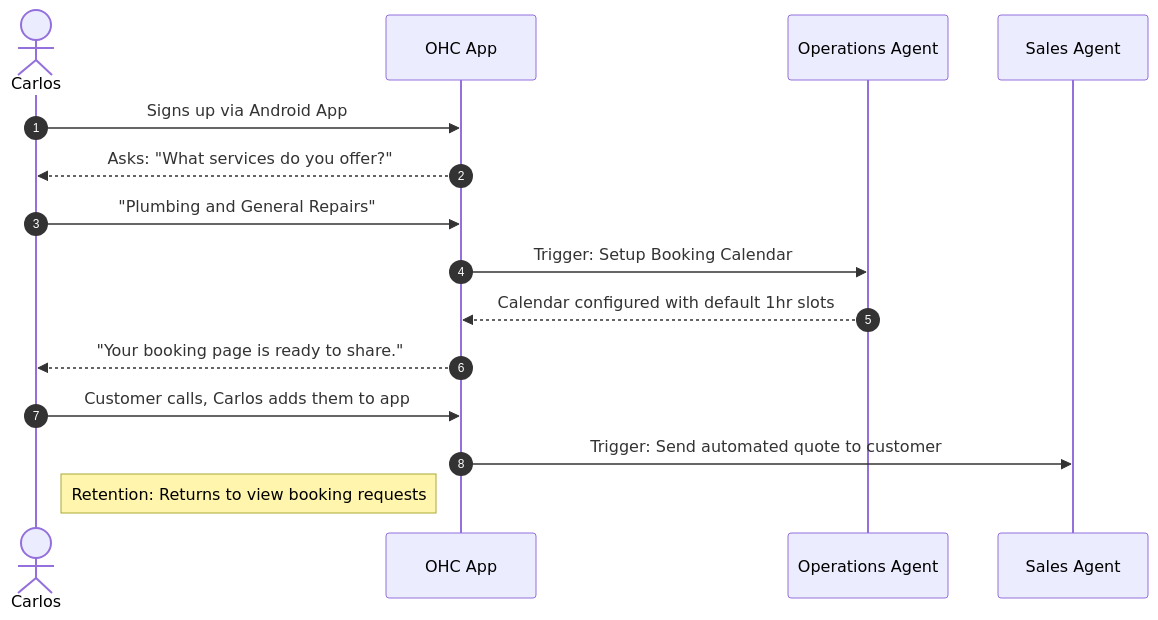
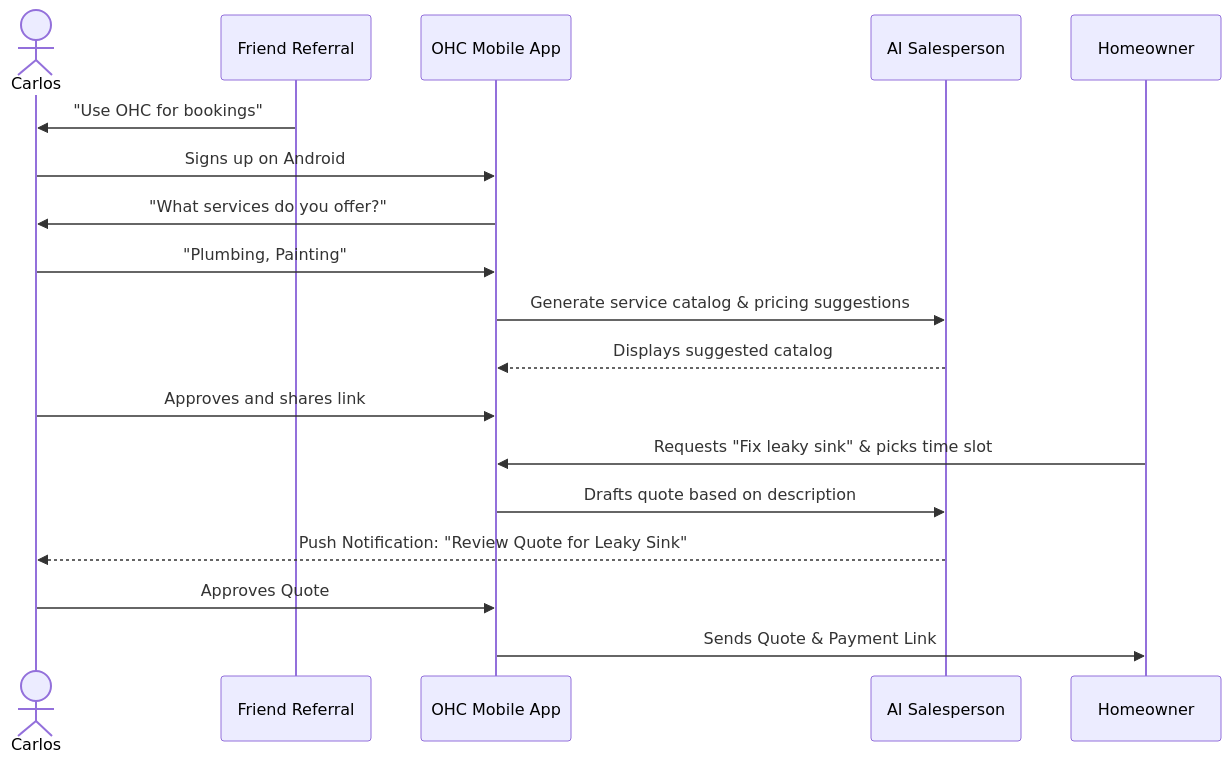
Before and after one commit to omnisolo-llc/onehumancorp: the second of 5 diagrams in docs/research/[architecture]_business_journey.md, drawn with Mermaid. The commit also changed other lines of this file and 195 other files, not shown here.

````diff
--- a/docs/research/[architecture]_business_journey.md
+++ b/docs/research/[architecture]_business_journey.md
@@ -74,18 +78,21 @@
 ```mermaid
 sequenceDiagram
-    autonumber
-    actor Carlos as Carlos
-    participant App as OHC App
-    participant Ops as Operations Agent
-    participant Sales as Sales Agent
+    actor Carlos
+    participant Referral as Friend Referral
+    participant OHC as OHC Mobile App
+    participant AI as AI Salesperson
+    participant Customer as Homeowner
 
-    Carlos->>App: Signs up via Android App
-    App-->>Carlos: Asks: "What services do you offer?"
-    Carlos->>App: "Plumbing and General Repairs"
-    App->>Ops: Trigger: Setup Booking Calendar
-    Ops-->>App: Calendar configured with default 1hr slots
-    App-->>Carlos: "Your booking page is ready to share."
-    Carlos->>App: Customer calls, Carlos adds them to app
-    App->>Sales: Trigger: Send automated quote to customer
-    note right of Carlos: Retention: Returns to view booking requests
+    Referral->>Carlos: "Use OHC for bookings"
+    Carlos->>OHC: Signs up on Android
+    OHC->>Carlos: "What services do you offer?"
+    Carlos->>OHC: "Plumbing, Painting"
+    OHC->>AI: Generate service catalog & pricing suggestions
+    AI-->>OHC: Displays suggested catalog
+    Carlos->>OHC: Approves and shares link
+    Customer->>OHC: Requests "Fix leaky sink" & picks time slot
+    OHC->>AI: Drafts quote based on description
+    AI-->>Carlos: Push Notification: "Review Quote for Leaky Sink"
+    Carlos->>OHC: Approves Quote
+    OHC->>Customer: Sends Quote & Payment Link
 ```
````
